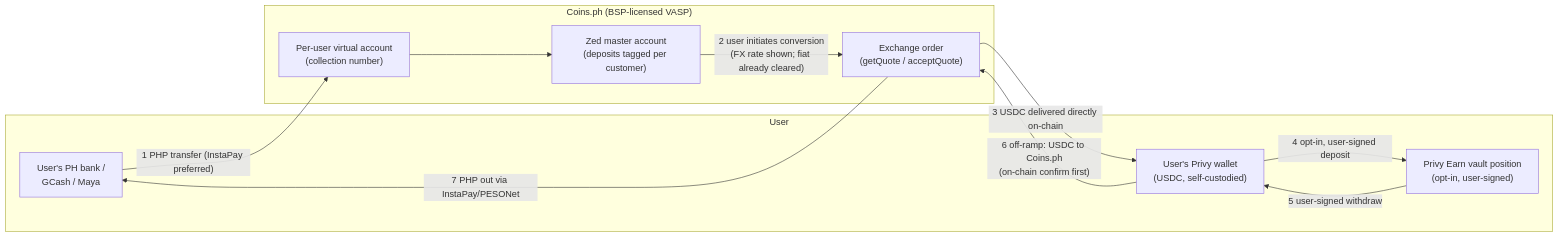
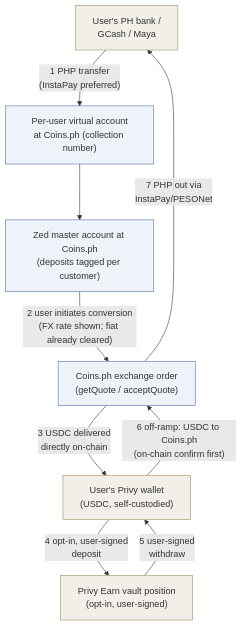
One commit to STAbraham/stablecoin-project changed the diagram in tracks/c-usdc-vasp-privy/research/diagrams/fundsflow.mmd. Above: the diagram before and after it, drawn with Mermaid. The commit also changed 21 other files, not shown here.

Commit message:
Team-doc rendering fix: vertical diagram layouts, print-DPI PNGs, styled docx reference (Arial hierarchy); pipeline scripts into tools/

```diff
--- a/tracks/c-usdc-vasp-privy/research/diagrams/fundsflow.mmd
+++ b/tracks/c-usdc-vasp-privy/research/diagrams/fundsflow.mmd
@@ -1,18 +1,19 @@
-flowchart LR
-  subgraph User
-    U["User's PH bank /<br/>GCash / Maya"]
-    W["User's Privy wallet<br/>(USDC, self-custodied)"]
-    V["Privy Earn vault position<br/>(opt-in, user-signed)"]
-  end
-  subgraph CoinsPH["Coins.ph (BSP-licensed VASP)"]
-    VA["Per-user virtual account<br/>(collection number)"]
-    MA["Zed master account<br/>(deposits tagged per customer)"]
-    X["Exchange order<br/>(getQuote / acceptQuote)"]
-  end
-  U -->|"1 PHP transfer (InstaPay preferred)"| VA --> MA
+flowchart TD
+  U["User's PH bank /<br/>GCash / Maya"]
+  VA["Per-user virtual account<br/>at Coins.ph (collection number)"]
+  MA["Zed master account at Coins.ph<br/>(deposits tagged per customer)"]
+  X["Coins.ph exchange order<br/>(getQuote / acceptQuote)"]
+  W["User's Privy wallet<br/>(USDC, self-custodied)"]
+  V["Privy Earn vault position<br/>(opt-in, user-signed)"]
+  U -->|"1 PHP transfer<br/>(InstaPay preferred)"| VA
+  VA --> MA
   MA -->|"2 user initiates conversion<br/>(FX rate shown; fiat already cleared)"| X
-  X -->|"3 USDC delivered directly on-chain"| W
-  W -->|"4 opt-in, user-signed deposit"| V
-  V -->|"5 user-signed withdraw"| W
+  X -->|"3 USDC delivered<br/>directly on-chain"| W
+  W -->|"4 opt-in, user-signed<br/>deposit"| V
+  V -->|"5 user-signed<br/>withdraw"| W
   W -->|"6 off-ramp: USDC to Coins.ph<br/>(on-chain confirm first)"| X
-  X -->|"7 PHP out via InstaPay/PESONet"| U
+  X -->|"7 PHP out via<br/>InstaPay/PESONet"| U
+  classDef coins fill:#eef3fa,stroke:#4a6fa5
+  classDef user fill:#f2efe9,stroke:#a08c5b
+  class VA,MA,X coins
+  class U,W,V user
```
